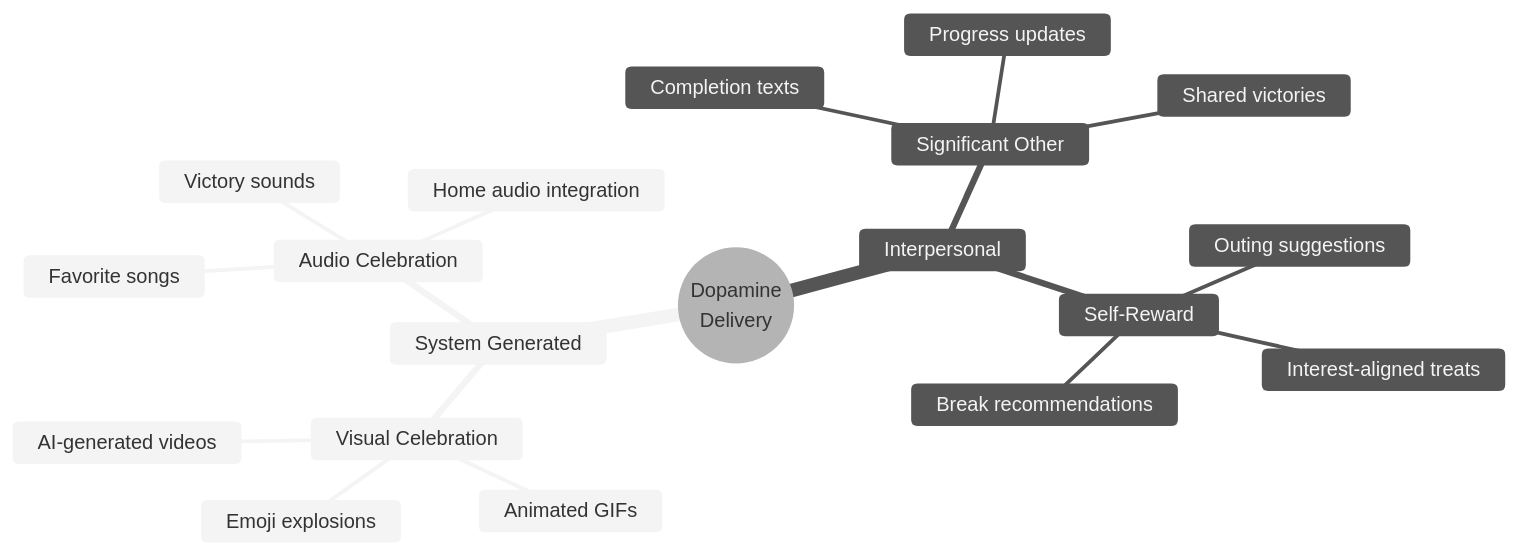
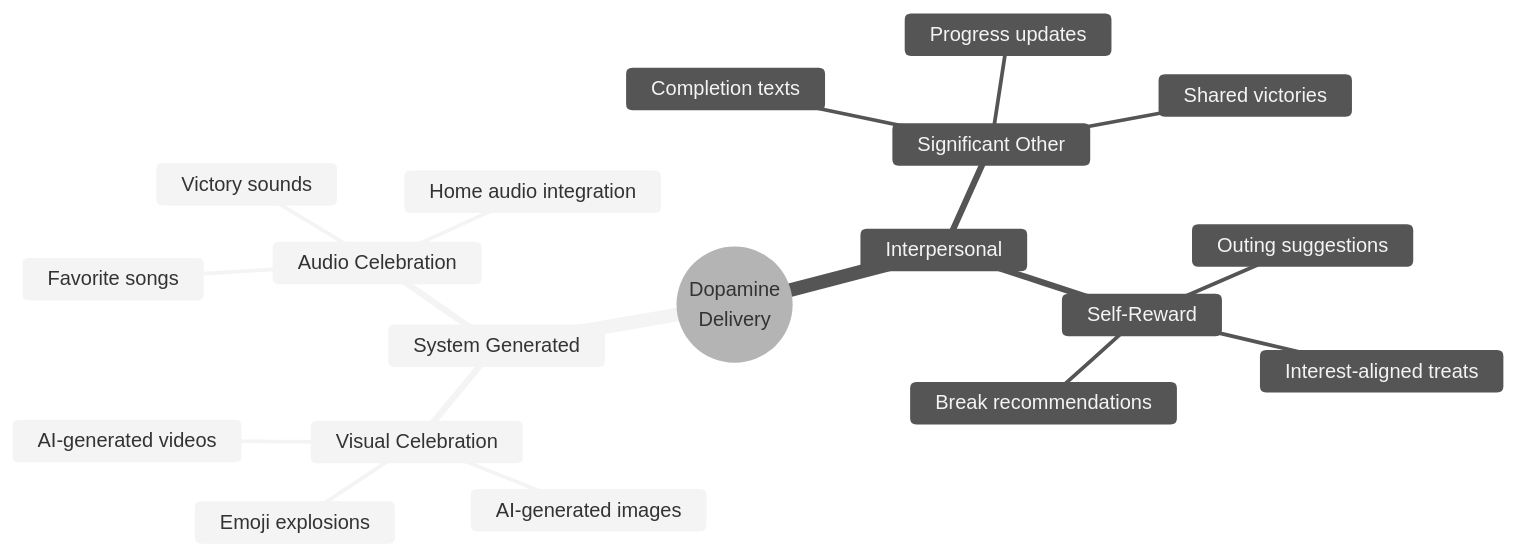
The first of 18 diagrams in docs/reward-system.md (NickBorgersProbably/hide-my-list), drawn with Mermaid (neutral theme) before and after one commit. The commit also changed other lines of this file and 7 other files, not shown here.

````diff
--- a/docs/reward-system.md
+++ b/docs/reward-system.md
@@ -14,22 +14,22 @@
 ```mermaid
 mindmap
   root((Dopamine<br/>Delivery))
     System Generated
       Visual Celebration
         Emoji explosions
-        Animated GIFs
+        AI-generated images
         AI-generated videos
       Audio Celebration
         Favorite songs
         Victory sounds
         Home audio integration
     Interpersonal
       Significant Other
         Completion texts
         Progress updates
         Shared victories
       Self-Reward
         Outing suggestions
         Interest-aligned treats
         Break recommendations
 ```
````
